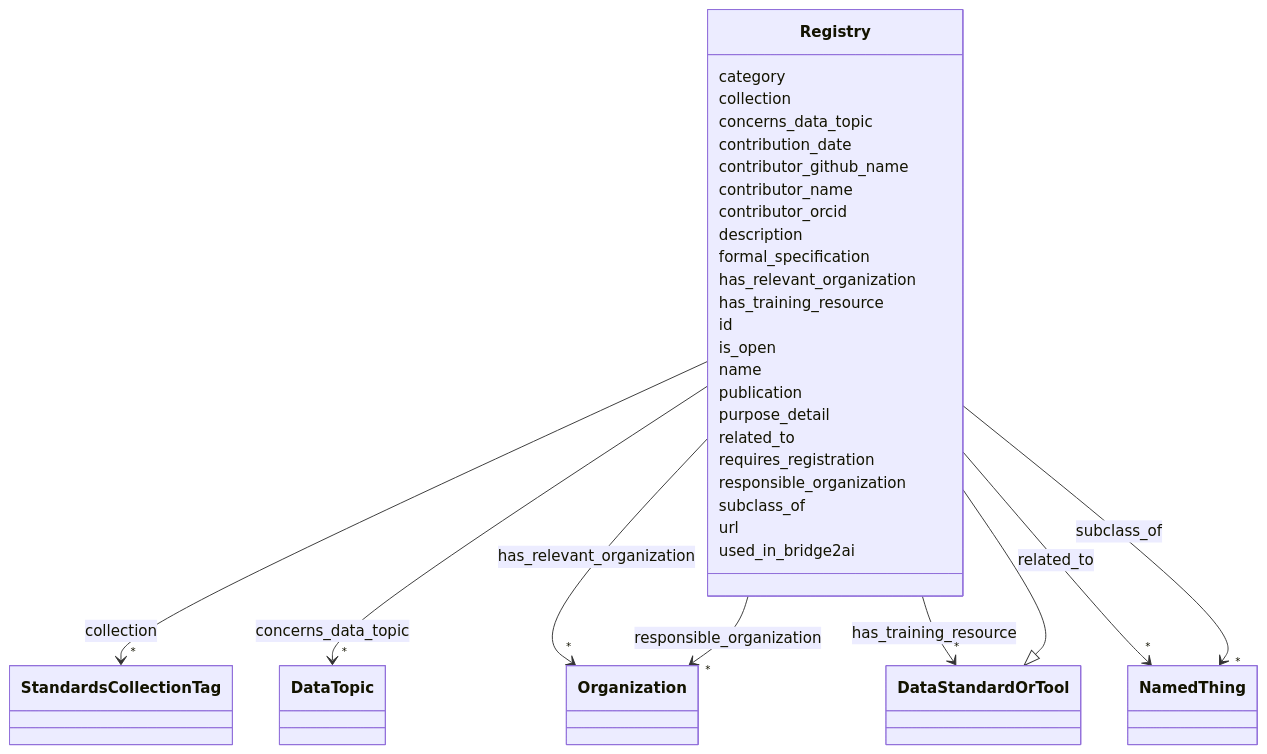
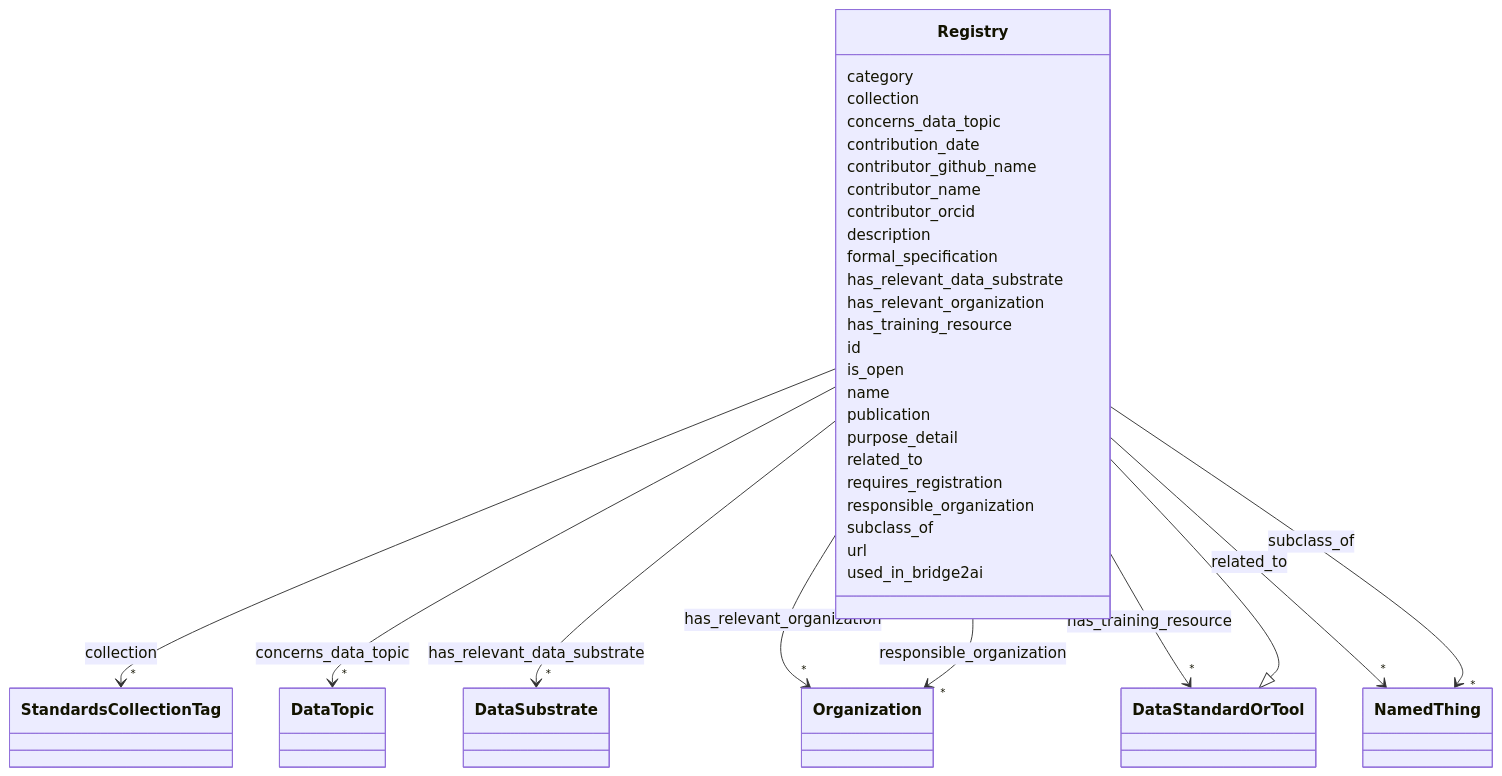
The diagram in docs/Registry.md (bridge2ai/standards-schemas), drawn with Mermaid before and after one commit. The commit also changed other lines of this file and 38 other files, not shown here.

Commit message:
Update schema artifacts

```diff
--- a/docs/Registry.md
+++ b/docs/Registry.md
@@ -58,6 +58,17 @@
       Registry : description
         
       Registry : formal_specification
+        
+      Registry : has_relevant_data_substrate
+        
+          
+    
+        
+        
+        Registry --> "*" DataSubstrate : has_relevant_data_substrate
+        click DataSubstrate href "../DataSubstrate"
+    
+
         
       Registry : has_relevant_organization
         
```
